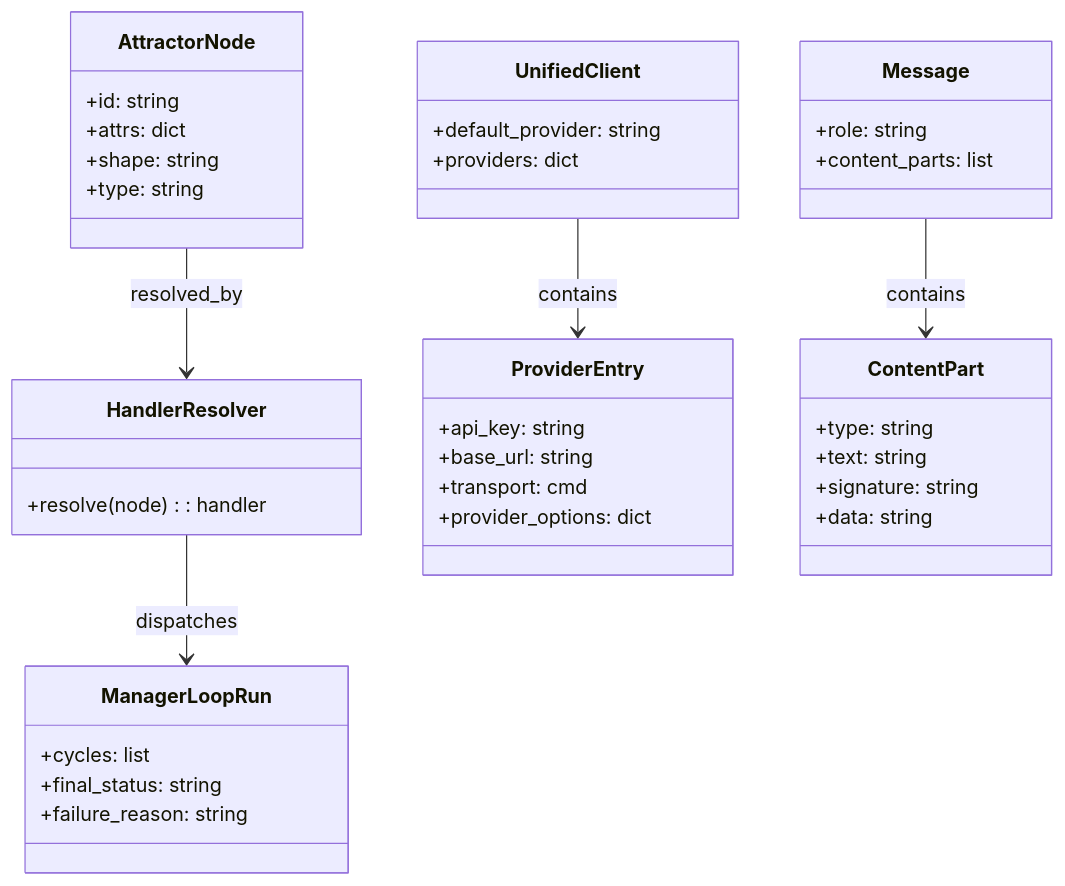
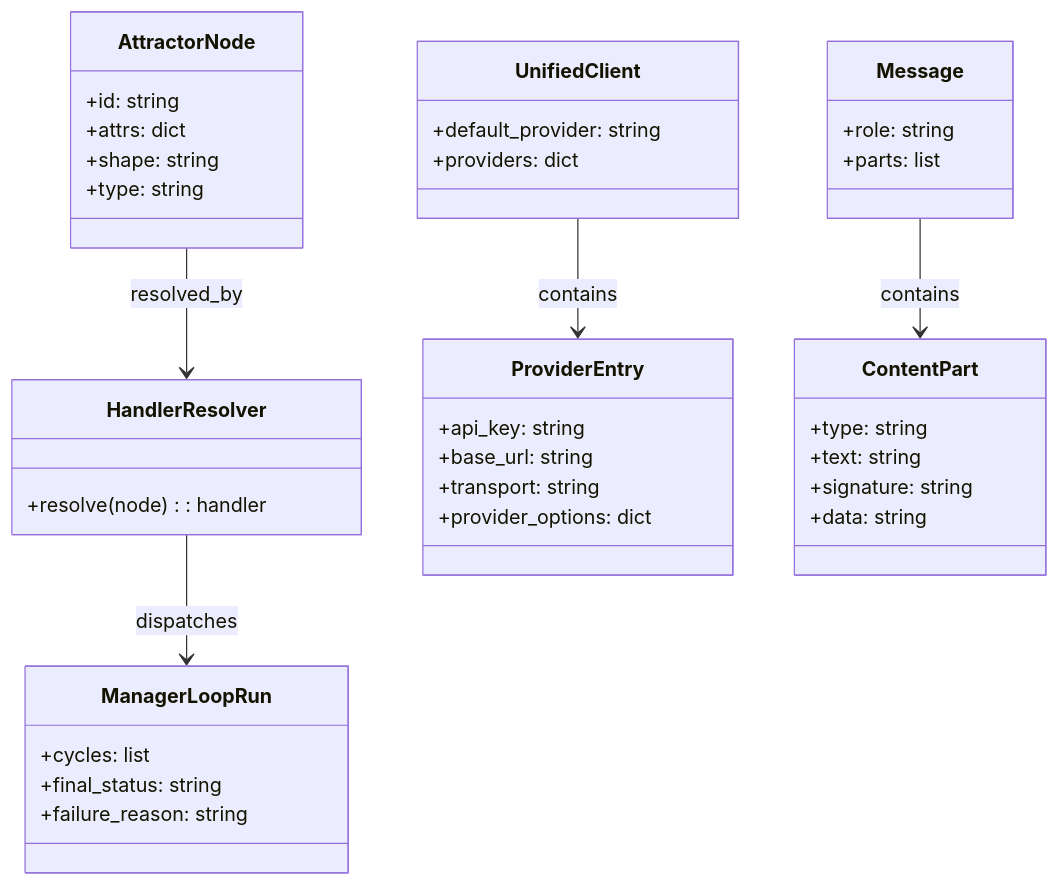
One commit to jaytaylor/attractor-tcl changed the first of 5 diagrams in docs/sprints/SPRINT-006-nlspec-adherence-gap-closure.md. Above: the diagram before and after it, drawn with Mermaid. The commit also changed other lines of this file, not shown here.

````diff
--- a/docs/sprints/SPRINT-006-nlspec-adherence-gap-closure.md
+++ b/docs/sprints/SPRINT-006-nlspec-adherence-gap-closure.md
@@ -850,42 +1336,48 @@
 ```mermaid
 classDiagram
   class AttractorNode {
     +id: string
     +attrs: dict
     +shape: string
     +type: string
   }
+
   class HandlerResolver {
     +resolve(node): handler
   }
+
   class ManagerLoopRun {
     +cycles: list
     +final_status: string
     +failure_reason: string
   }
+
   class UnifiedClient {
     +default_provider: string
     +providers: dict
   }
+
   class ProviderEntry {
     +api_key: string
     +base_url: string
-    +transport: cmd
+    +transport: string
     +provider_options: dict
   }
+
   class Message {
     +role: string
-    +content_parts: list
+    +parts: list
   }
+
   class ContentPart {
     +type: string
     +text: string
     +signature: string
     +data: string
   }
 
   AttractorNode --> HandlerResolver : resolved_by
   HandlerResolver --> ManagerLoopRun : dispatches
   UnifiedClient --> ProviderEntry : contains
   Message --> ContentPart : contains
 ```
````
